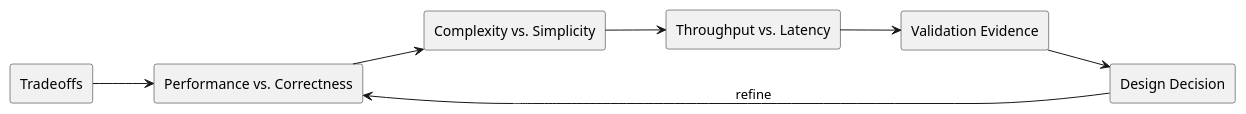
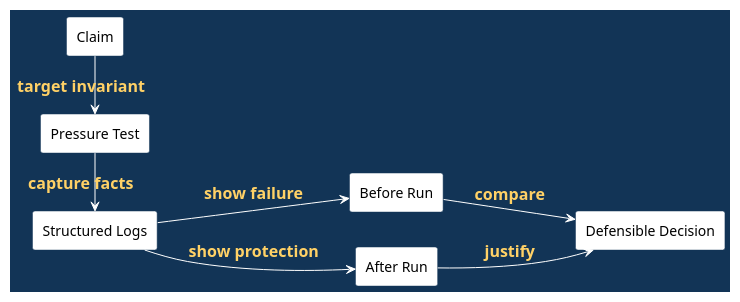
One commit to madajaju/CS5254 changed diagram 13 of 14 in doc/lectures/week4/tradeoffs/README.slides.adoc. Above: the diagram before and after it, drawn with PlantUML. The commit also changed other lines of this file and 62 other files, not shown here.

```diff
--- a/doc/lectures/week4/tradeoffs/README.slides.adoc
+++ b/doc/lectures/week4/tradeoffs/README.slides.adoc
@@ -63,22 +512,31 @@
-[plantuml, target=tradeoffs, format=svg, width=80%]
+[plantuml, evidence-flow, svg, width=100%]
 ----
 @startuml
-skinparam monochrome true
+skinparam BackgroundColor #123456
+skinparam DefaultFontColor white
+skinparam ArrowColor white
+skinparam ArrowFontColor #ffd166
+skinparam ArrowFontStyle bold
+skinparam ArrowFontSize 16
+skinparam BorderColor #123456
 skinparam shadowing false
+skinparam rectangle {
+  BackgroundColor white
+  FontColor black
+  BorderColor #123456
+}
 left to right direction
-
-rectangle "Tradeoffs" as Topic
-rectangle "Performance vs. Correctness" as A
-rectangle "Complexity vs. Simplicity" as B
-rectangle "Throughput vs. Latency" as C
-rectangle "Validation Evidence" as V
-rectangle "Design Decision" as D
-
-Topic --> A
-A --> B
-B --> C
-C --> V
-V --> D
-D --> A : refine
+rectangle "Claim" as C
+rectangle "Pressure Test" as T
+rectangle "Structured Logs" as L
+rectangle "Before Run" as B
+rectangle "After Run" as A
+rectangle "Defensible Decision" as D
+C -> T : target invariant
+T -> L : capture facts
+L --> B : show failure
+L --> A : show protection
+B --> D : compare
+A --> D : justify
 @enduml
 ----
```
